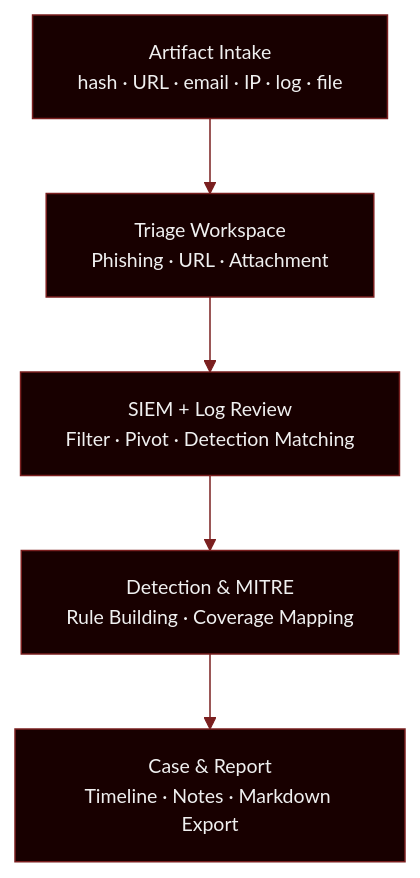
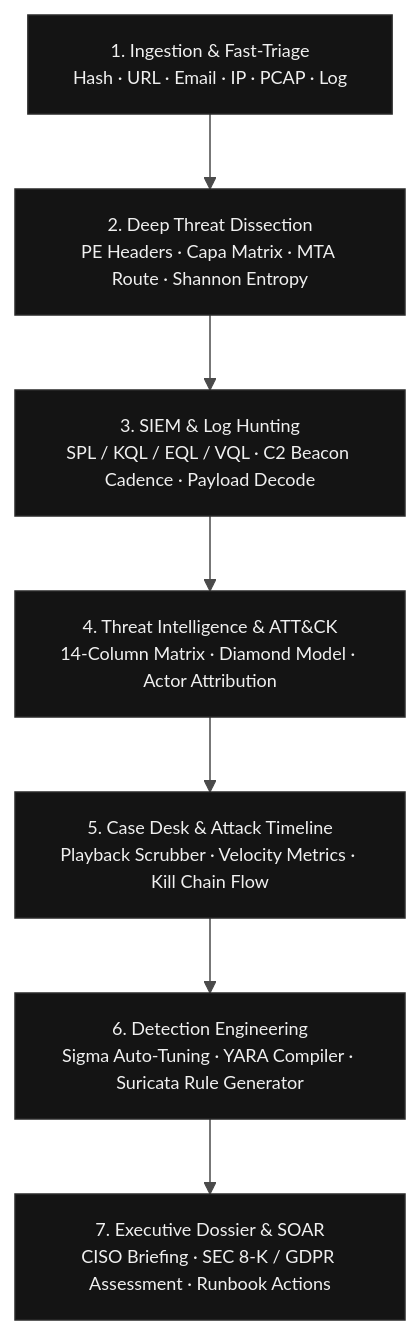
One commit to kripy17/BeyondArch changed the first of 2 diagrams in README.md. Above: the diagram before and after it, drawn with Mermaid. The commit also changed other lines of this file and 1 other file, not shown here.

Commit message:
docs: overhaul README with accurate BeyondArch architecture, 25+ workspaces, and modern stack

````diff
--- a/README.md
+++ b/README.md
@@ -171,15 +114,17 @@
 ```mermaid
 %%{init: {'theme':'base', 'themeVariables': {
-  'primaryColor':'#180000',
-  'primaryBorderColor':'#7a1f1f',
+  'primaryColor':'#141414',
+  'primaryBorderColor':'#2a2a2a',
   'primaryTextColor':'#f0f0f0',
-  'lineColor':'#7a1f1f',
-  'fontFamily':'JetBrains Mono, Fira Code, monospace',
-  'fontSize':'13px'
+  'lineColor':'#4a4a4a',
+  'fontFamily':'JetBrains Mono, monospace',
+  'fontSize':'12px'
 }}}%%
 flowchart TD
-    A["Artifact Intake<br/>hash · URL · email · IP · log · file"] --> B["Triage Workspace<br/>Phishing · URL · Attachment"]
-    B --> C["SIEM + Log Review<br/>Filter · Pivot · Detection Matching"]
-    C --> D["Detection & MITRE<br/>Rule Building · Coverage Mapping"]
-    D --> E["Case & Report<br/>Timeline · Notes · Markdown Export"]
+    A["1. Ingestion & Fast-Triage<br/>Hash · URL · Email · IP · PCAP · Log"] --> B["2. Deep Threat Dissection<br/>PE Headers · Capa Matrix · MTA Route · Shannon Entropy"]
+    B --> C["3. SIEM & Log Hunting<br/>SPL / KQL / EQL / VQL · C2 Beacon Cadence · Payload Decode"]
+    C --> D["4. Threat Intelligence & ATT&CK<br/>14-Column Matrix · Diamond Model · Actor Attribution"]
+    D --> E["5. Case Desk & Attack Timeline<br/>Playback Scrubber · Velocity Metrics · Kill Chain Flow"]
+    E --> F["6. Detection Engineering<br/>Sigma Auto-Tuning · YARA Compiler · Suricata Rule Generator"]
+    F --> G["7. Executive Dossier & SOAR<br/>CISO Briefing · SEC 8-K / GDPR Assessment · Runbook Actions"]
 ```
````
